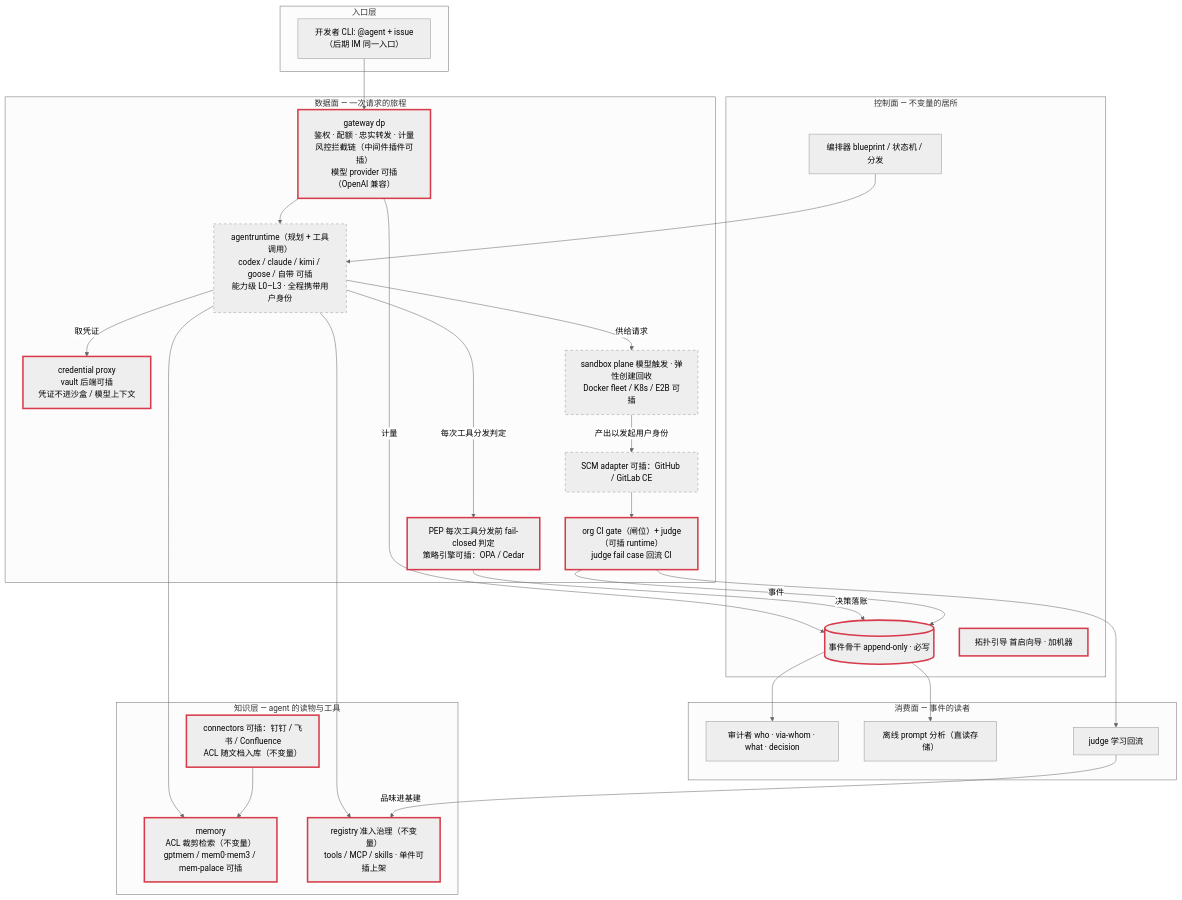
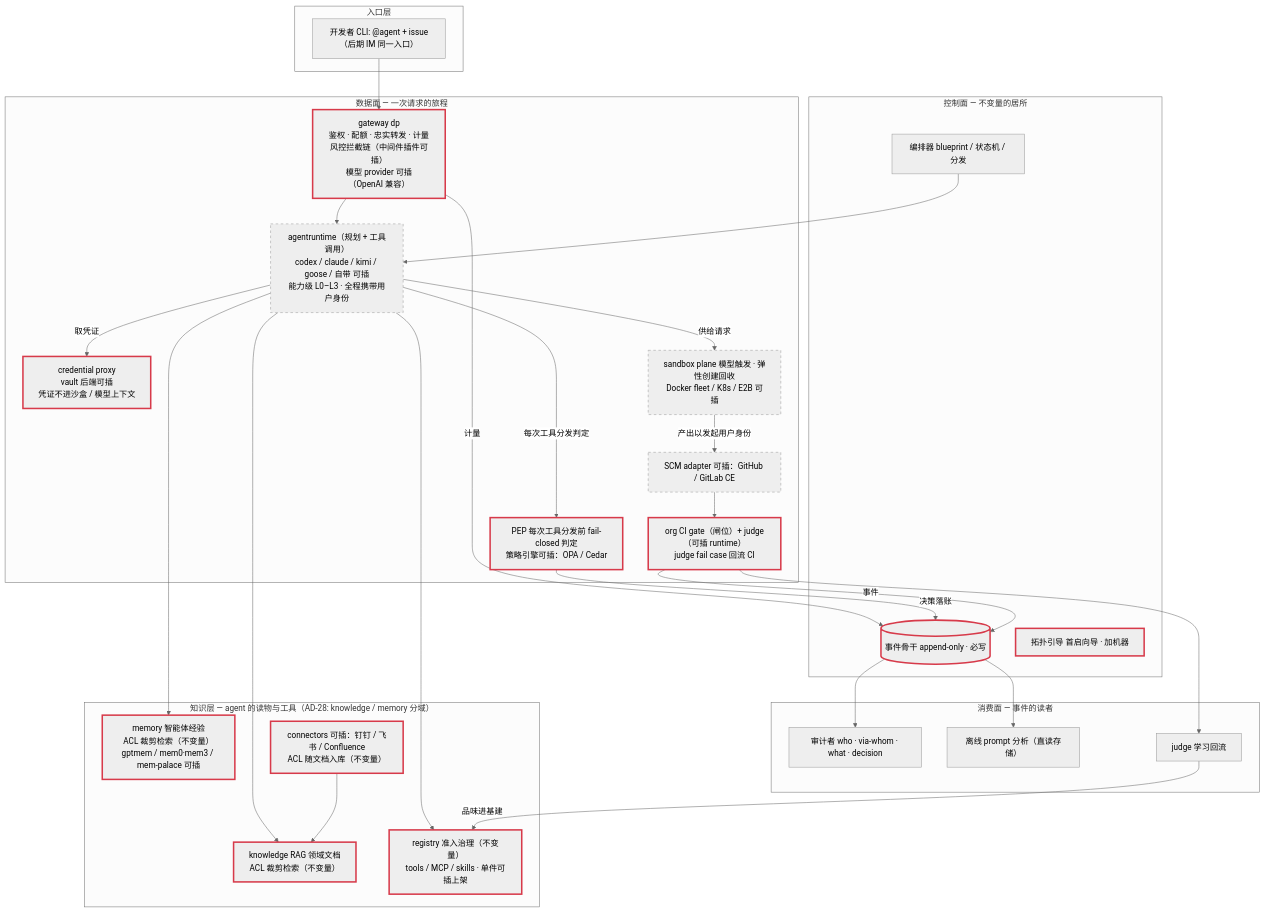
The first of 4 diagrams in docs/architecture/overview.md (kikakkz/looming), drawn with Mermaid (neutral theme) before and after one commit.

Commit message:
docs: route connector documents to Knowledge in the journey diagram (#87)
The data-plane diagram predated AD-28's knowledge/memory split and
sent CONN to MEM. Connector documents are RAG domain knowledge; they
land in Knowledge, with retrieval-time ACL trimming as the shared
invariant for both domains.

````diff
--- a/docs/architecture/overview.md
+++ b/docs/architecture/overview.md
@@ -31,56 +31,58 @@
 ```mermaid
 flowchart TD
   subgraph ENTRY["入口层"]
     CLI["开发者 CLI: @agent + issue（后期 IM 同一入口）"]
   end
 
   subgraph DP["数据面 — 一次请求的旅程"]
     GW["gateway dp<br/>鉴权 · 配额 · 忠实转发 · 计量<br/>风控拦截链（中间件插件可插）<br/>模型 provider 可插（OpenAI 兼容）"]
     RT["agentruntime（规划 + 工具调用）<br/>codex / claude / kimi / goose / 自带 可插<br/>能力级 L0–L3 · 全程携带用户身份"]
     PEP["PEP 每次工具分发前 fail-closed 判定<br/>策略引擎可插：OPA / Cedar"]
     CPX["credential proxy<br/>vault 后端可插<br/>凭证不进沙盒 / 模型上下文"]
     SB["sandbox plane 模型触发 · 弹性创建回收<br/>Docker fleet / K8s / E2B 可插"]
     SCM["SCM adapter 可插：GitHub / GitLab CE"]
     CI["org CI gate（闸位）+ judge（可插 runtime）<br/>judge fail case 回流 CI"]
   end
 
-  subgraph KNOW["知识层 — agent 的读物与工具"]
-    MEM["memory<br/>ACL 裁剪检索（不变量）<br/>gptmem / mem0·mem3 / mem-palace 可插"]
+  subgraph KNOW["知识层 — agent 的读物与工具（AD-28: knowledge / memory 分域）"]
+    KNOWDOC["knowledge RAG 领域文档<br/>ACL 裁剪检索（不变量）"]
+    MEM["memory 智能体经验<br/>ACL 裁剪检索（不变量）<br/>gptmem / mem0·mem3 / mem-palace 可插"]
     REG["registry 准入治理（不变量）<br/>tools / MCP / skills · 单件可插上架"]
     CONN["connectors 可插：钉钉 / 飞书 / Confluence<br/>ACL 随文档入库（不变量）"]
   end
 
   subgraph CPL["控制面 — 不变量的居所"]
     ORCH["编排器 blueprint / 状态机 / 分发"]
     EB[("事件骨干 append-only · 必写")]
     TOPO["拓扑引导 首启向导 · 加机器"]
   end
 
   subgraph CONS["消费面 — 事件的读者"]
     AUD["审计者 who · via-whom · what · decision"]
     PA["离线 prompt 分析（直读存储）"]
     JL["judge 学习回流"]
   end
 
   CLI --> GW --> RT
   RT -- "每次工具分发判定" --> PEP
   RT -- "取凭证" --> CPX
   RT -- "供给请求" --> SB
+  RT --> KNOWDOC
   RT --> MEM
   RT --> REG
-  CONN --> MEM
+  CONN --> KNOWDOC
   SB -- "产出以发起用户身份" --> SCM --> CI
   ORCH --> RT
   GW -- "计量" --> EB
   PEP -- "决策落账" --> EB
   CI -- "事件" --> EB
   EB --> AUD
   EB --> PA
   CI --> JL
   JL -- "品味进基建" --> REG
 
   classDef inv stroke-width:3px,stroke:#d73a4a;
   classDef slot stroke-dasharray:5 5;
-  class GW,PEP,CPX,CI,MEM,REG,CONN,EB,TOPO inv;
+  class GW,PEP,CPX,CI,KNOWDOC,MEM,REG,CONN,EB,TOPO inv;
   class RT,SB,SCM slot;
 ```
````
